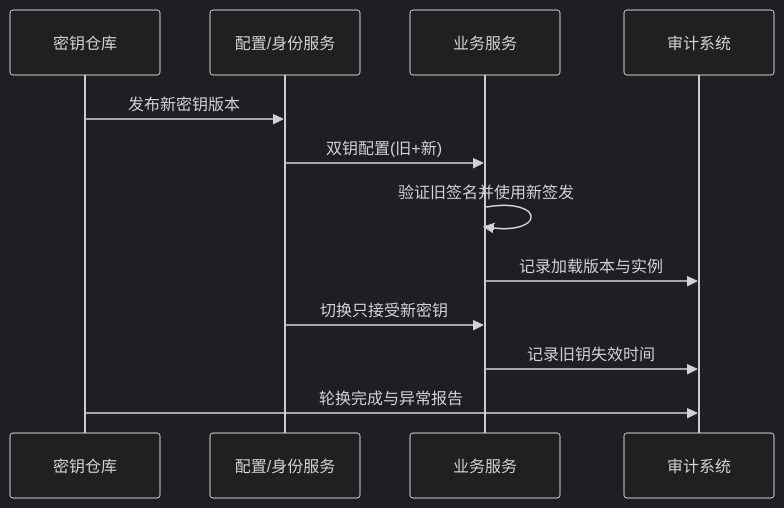
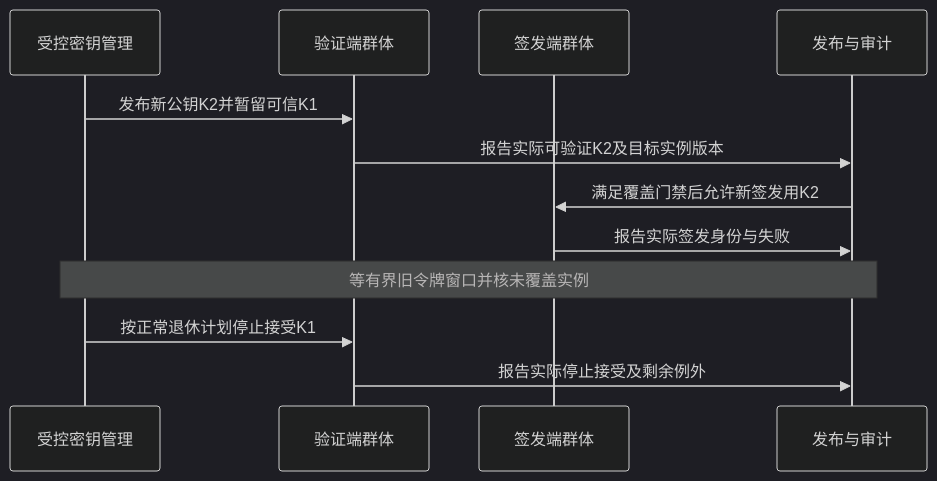
One commit to fantuan812/learning changed the second of 2 diagrams in 知识/07-网络与游戏服务端/服务架构与消息通信/05-服务发现配置中心与治理.md. Above: the diagram before and after it, drawn with Mermaid (dark theme). The commit also changed other lines of this file and 1 other file, not shown here.

````diff
--- a/知识/07-网络与游戏服务端/服务架构与消息通信/05-服务发现配置中心与治理.md
+++ b/知识/07-网络与游戏服务端/服务架构与消息通信/05-服务发现配置中心与治理.md
@@ -54,14 +195,14 @@
 ```mermaid
 sequenceDiagram
-    participant V as 密钥仓库
-    participant C as 配置/身份服务
-    participant S as 业务服务
-    participant A as 审计系统
-    V->>C: 发布新密钥版本
-    C->>S: 双钥配置(旧+新)
-    S->>S: 验证旧签名并使用新签发
-    S->>A: 记录加载版本与实例
-    C->>S: 切换只接受新密钥
-    S->>A: 记录旧钥失效时间
-    V->>A: 轮换完成与异常报告
+    participant K as 受控密钥管理
+    participant V as 验证端群体
+    participant S as 签发端群体
+    participant A as 发布与审计
+    K->>V: 发布新公钥K2并暂留可信K1
+    V->>A: 报告实际可验证K2及目标实例版本
+    A->>S: 满足覆盖门禁后允许新签发用K2
+    S->>A: 报告实际签发身份与失败
+    Note over K,A: 等有界旧令牌窗口并核未覆盖实例
+    K->>V: 按正常退休计划停止接受K1
+    V->>A: 报告实际停止接受及剩余例外
 ```
````
